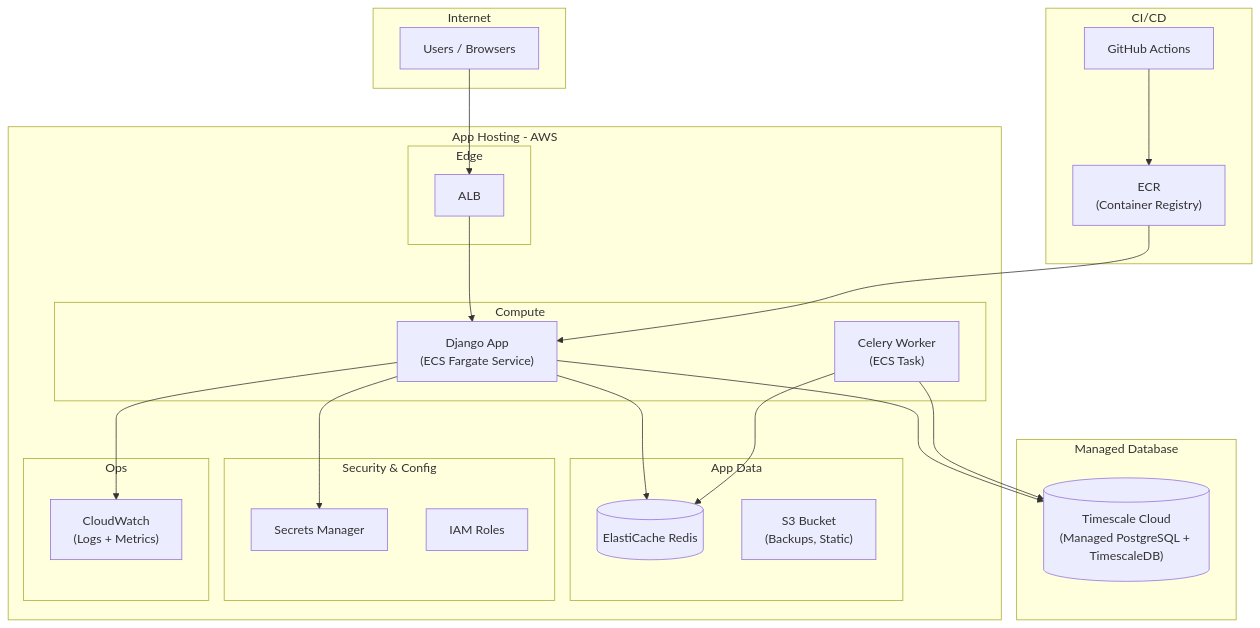
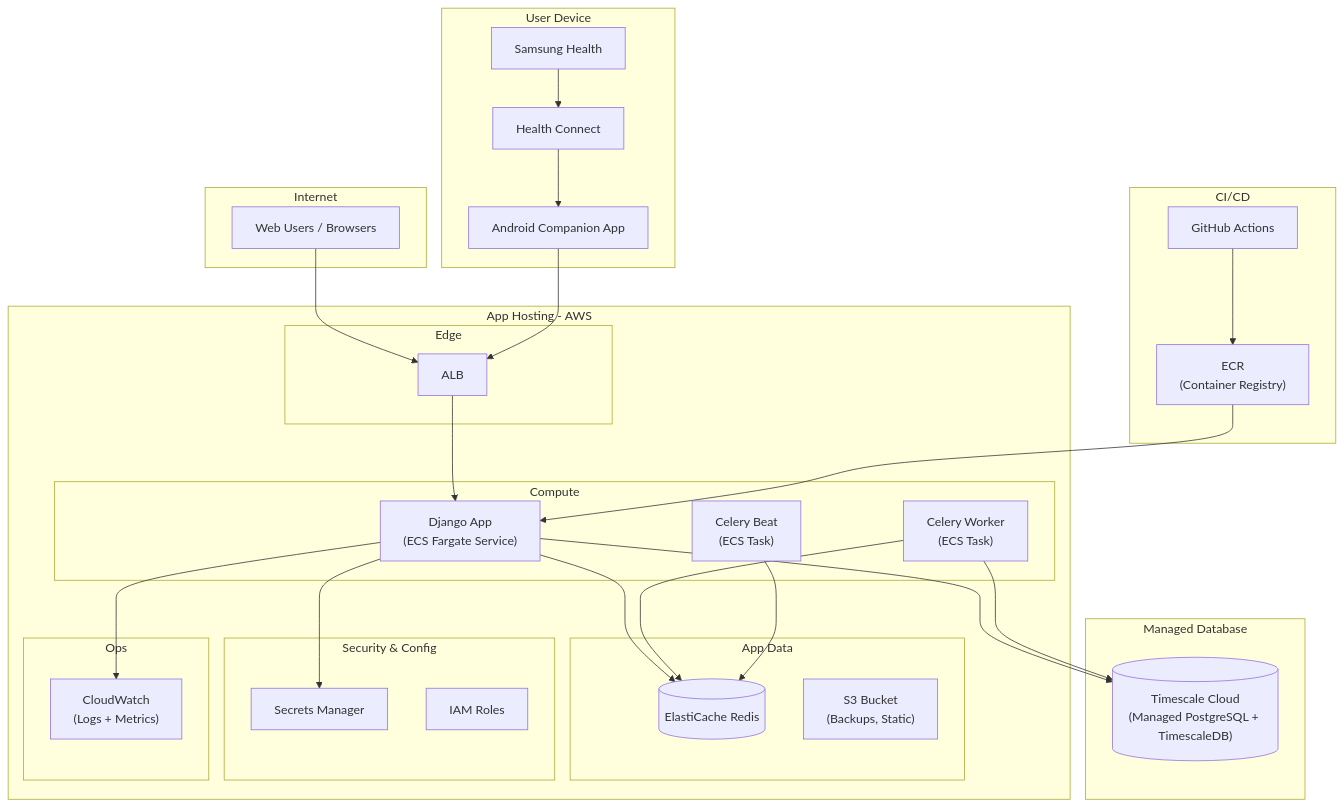
Before and after one commit to elvisrepo/long: the diagram in reference_docs/knowledge/06-pragmatic-mvp-cloud-architecture.md, drawn with Mermaid. The commit also changed other lines of this file and 23 other files, not shown here.

Commit message:
changes from project problem, to erd; mvp now with health connect

````diff
--- a/reference_docs/knowledge/06-pragmatic-mvp-cloud-architecture.md
+++ b/reference_docs/knowledge/06-pragmatic-mvp-cloud-architecture.md
@@ -10,49 +10,59 @@
 ```mermaid
 graph TB
     subgraph "Internet"
-        USER["Users / Browsers"]
+        WEB["Web Users / Browsers"]
+    end
+
+    subgraph "User Device"
+        SH["Samsung Health"]
+        HC["Health Connect"]
+        ANDROID["Android Companion App"]
     end
 
     subgraph "App Hosting - AWS"
         subgraph "Edge"
             GW["ALB"]
         end
 
         subgraph "Compute"
             APP["Django App<br/>(ECS Fargate Service)"]
             WORKER["Celery Worker<br/>(ECS Task)"]
+            BEAT["Celery Beat<br/>(ECS Task)"]
         end
 
         subgraph "App Data"
             ELASTICACHE[("ElastiCache Redis")]
             S3["S3 Bucket<br/>(Backups, Static)"]
         end
 
         subgraph "Security & Config"
             SECRETS["Secrets Manager"]
             IAM["IAM Roles"]
         end
 
         subgraph "Ops"
             CW["CloudWatch<br/>(Logs + Metrics)"]
         end
     end
 
     subgraph "Managed Database"
         TSDB[("Timescale Cloud<br/>(Managed PostgreSQL + TimescaleDB)")]
     end
 
     subgraph "CI/CD"
         GHA["GitHub Actions"]
         ECR["ECR<br/>(Container Registry)"]
     end
 
-    USER --> GW --> APP
+    WEB --> GW --> APP
+    SH --> HC --> ANDROID
+    ANDROID --> GW
     APP --> TSDB
     APP --> ELASTICACHE
     APP --> SECRETS
     WORKER --> TSDB
     WORKER --> ELASTICACHE
+    BEAT --> ELASTICACHE
     GHA --> ECR --> APP
     APP --> CW
 ```
````
